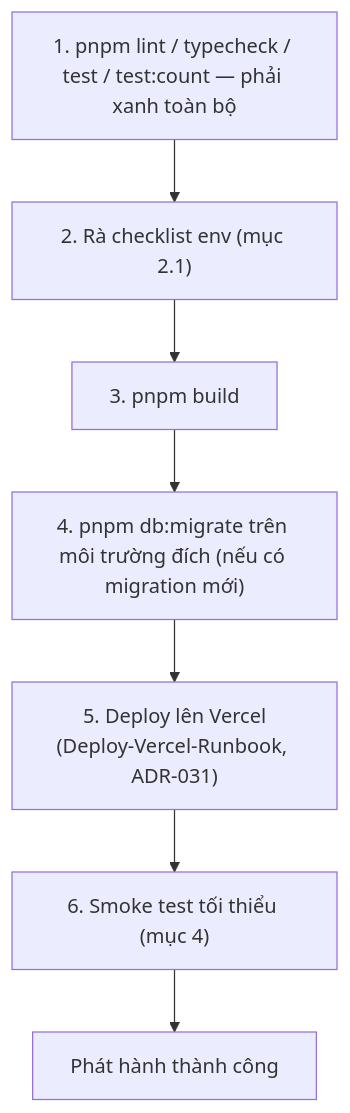
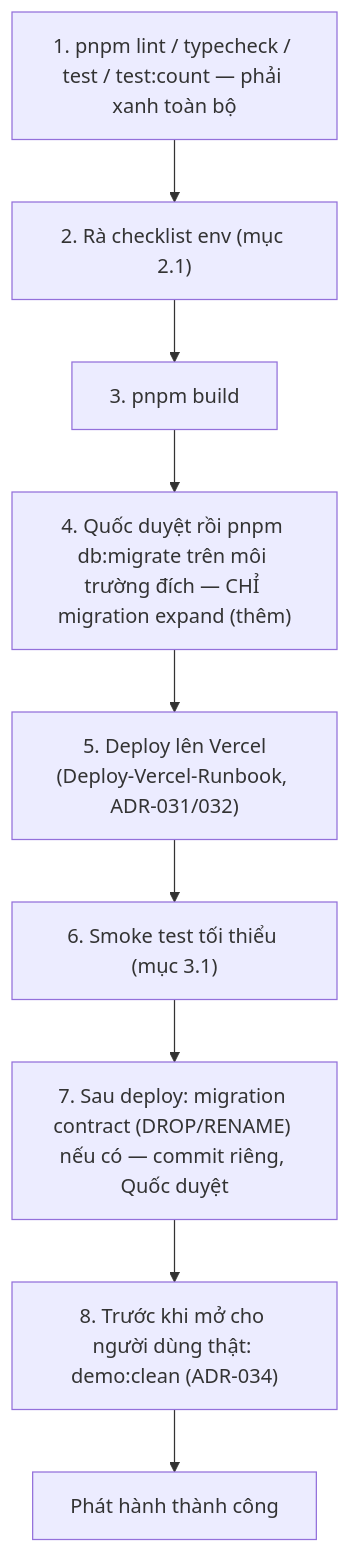
One commit to vtphong91/gieochu changed the second of 2 diagrams in obsidian-knowledge-base/04-Operations-Runbooks/Publish-And-Rollback-Runbook.md. Above: the diagram before and after it, drawn with Mermaid. The commit also changed other lines of this file and 94 other files, not shown here.

````diff
--- a/obsidian-knowledge-base/04-Operations-Runbooks/Publish-And-Rollback-Runbook.md
+++ b/obsidian-knowledge-base/04-Operations-Runbooks/Publish-And-Rollback-Runbook.md
@@ -118,9 +130,11 @@
 ```mermaid
 flowchart TD
     Step1["1. pnpm lint / typecheck / test / test:count — phải xanh toàn bộ"] --> Step2["2. Rà checklist env (mục 2.1)"]
     Step2 --> Step3["3. pnpm build"]
-    Step3 --> Step4["4. pnpm db:migrate trên môi trường đích (nếu có migration mới)"]
-    Step4 --> Step5["5. Deploy lên Vercel\n(Deploy-Vercel-Runbook, ADR-031)"]
-    Step5 --> Step6["6. Smoke test tối thiểu (mục 4)"]
-    Step6 --> Success["Phát hành thành công"]
+    Step3 --> Step4["4. Quốc duyệt rồi pnpm db:migrate trên môi trường đích — CHỈ migration expand (thêm)"]
+    Step4 --> Step5["5. Deploy lên Vercel\n(Deploy-Vercel-Runbook, ADR-031/032)"]
+    Step5 --> Step6["6. Smoke test tối thiểu (mục 3.1)"]
+    Step6 --> Step7["7. Sau deploy: migration contract (DROP/RENAME) nếu có — commit riêng, Quốc duyệt"]
+    Step7 --> Step8["8. Trước khi mở cho người dùng thật: demo:clean (ADR-034)"]
+    Step8 --> Success["Phát hành thành công"]
 ```
````
